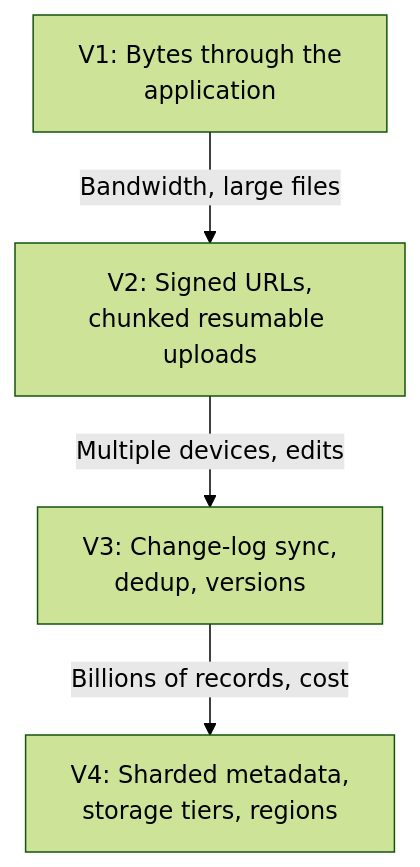
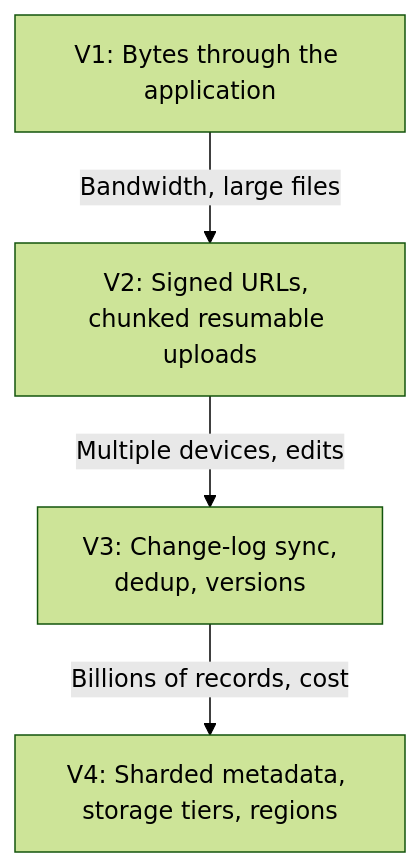
The seventh of 7 diagrams in content/12-case-studies/12.06-file-storage-system.md (gitussr/systemly), drawn with Mermaid (forest theme) before and after one commit. The commit also changed other lines of this file and 5 other files, not shown here.

First line of the commit message:
Level 12: drop manual line breaks in long diagram labels

````diff
--- a/content/12-case-studies/12.06-file-storage-system.md
+++ b/content/12-case-studies/12.06-file-storage-system.md
@@ -401,8 +401,8 @@
 ```mermaid
 flowchart TD
   accTitle: How the file storage system evolves
   accDescr: V1 routes bytes through the application to object storage. V2 adds signed URLs and chunked, resumable uploads when bandwidth and large files grow. V3 adds change-log sync, deduplication and versioning. V4 shards metadata by user, tiers storage by age, and replicates content across regions.
-  V1["V1: Bytes through the<br/>application"] -->|"Bandwidth, large files"| V2["V2: Signed URLs,<br/>chunked resumable uploads"]
+  V1["V1: Bytes through the application"] -->|"Bandwidth, large files"| V2["V2: Signed URLs, chunked resumable uploads"]
   V2 -->|"Multiple devices, edits"| V3["V3: Change-log sync,<br/>dedup, versions"]
-  V3 -->|"Billions of records, cost"| V4["V4: Sharded metadata,<br/>storage tiers, regions"]
+  V3 -->|"Billions of records, cost"| V4["V4: Sharded metadata, storage tiers, regions"]
 ```
````
